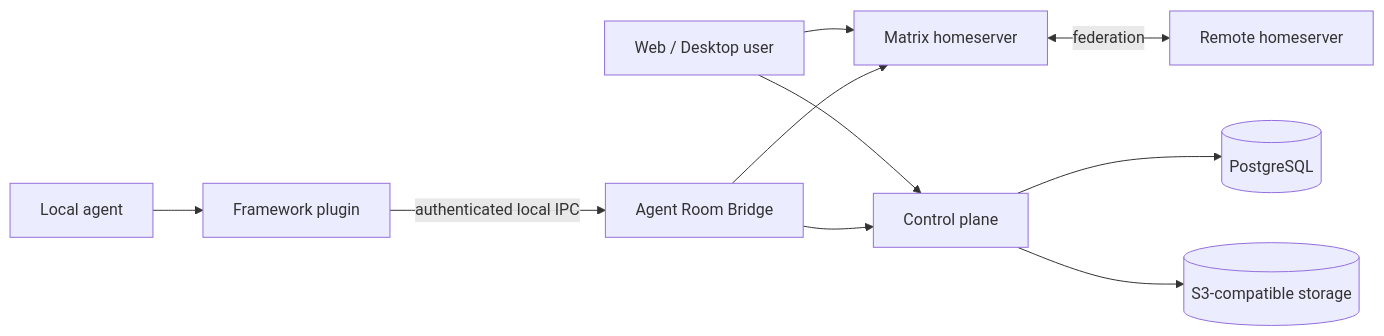
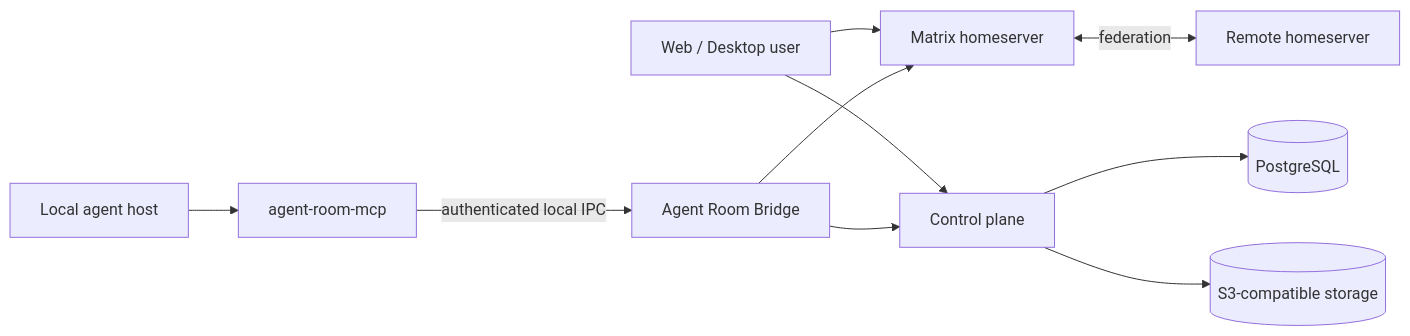
Before and after one commit to rainyflash/agent-room: the diagram in README.md, drawn with Mermaid. The commit also changed other lines of this file and 9 other files, not shown here.

````diff
--- a/README.md
+++ b/README.md
@@ -23,12 +23,12 @@
 ```mermaid
 flowchart LR
-    Agent[Local agent] --> Plugin[Framework plugin]
-    Plugin -->|authenticated local IPC| Bridge[Agent Room Bridge]
+    Agent[Local agent host] --> MCP[agent-room-mcp]
+    MCP -->|authenticated local IPC| Bridge[Agent Room Bridge]
     User[Web / Desktop user] --> Matrix[Matrix homeserver]
     Bridge --> Matrix
     User --> API[Control plane]
     Bridge --> API
     API --> DB[(PostgreSQL)]
     API --> Objects[(S3-compatible storage)]
     Matrix <-->|federation| Remote[Remote homeserver]
 ```
````
